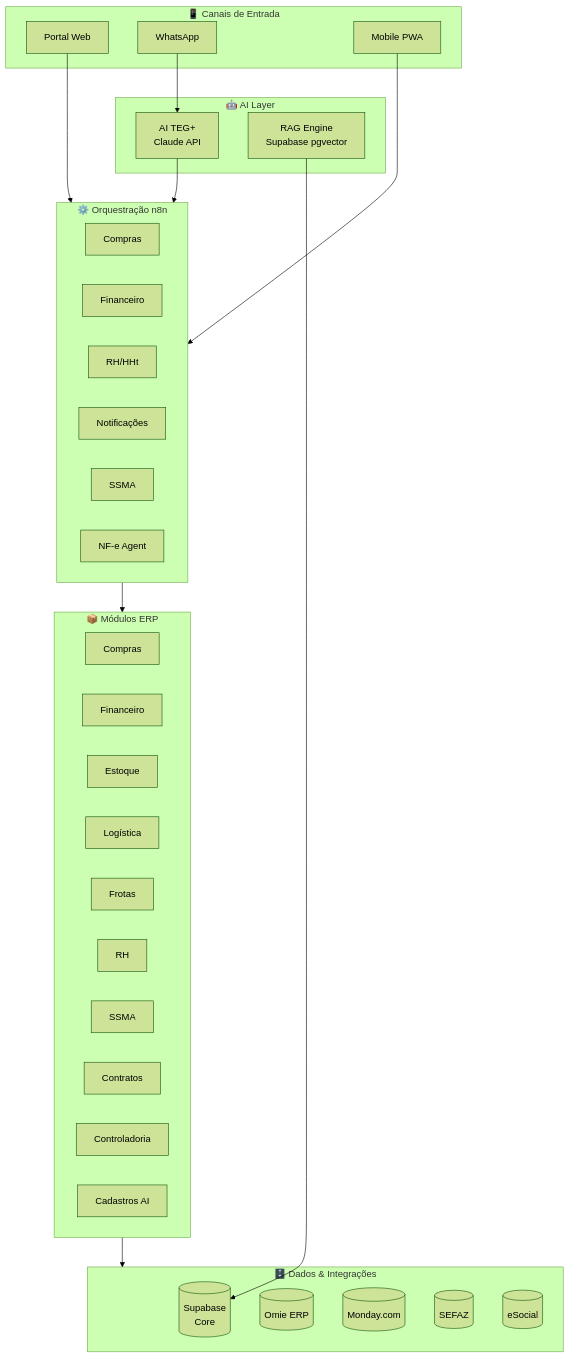
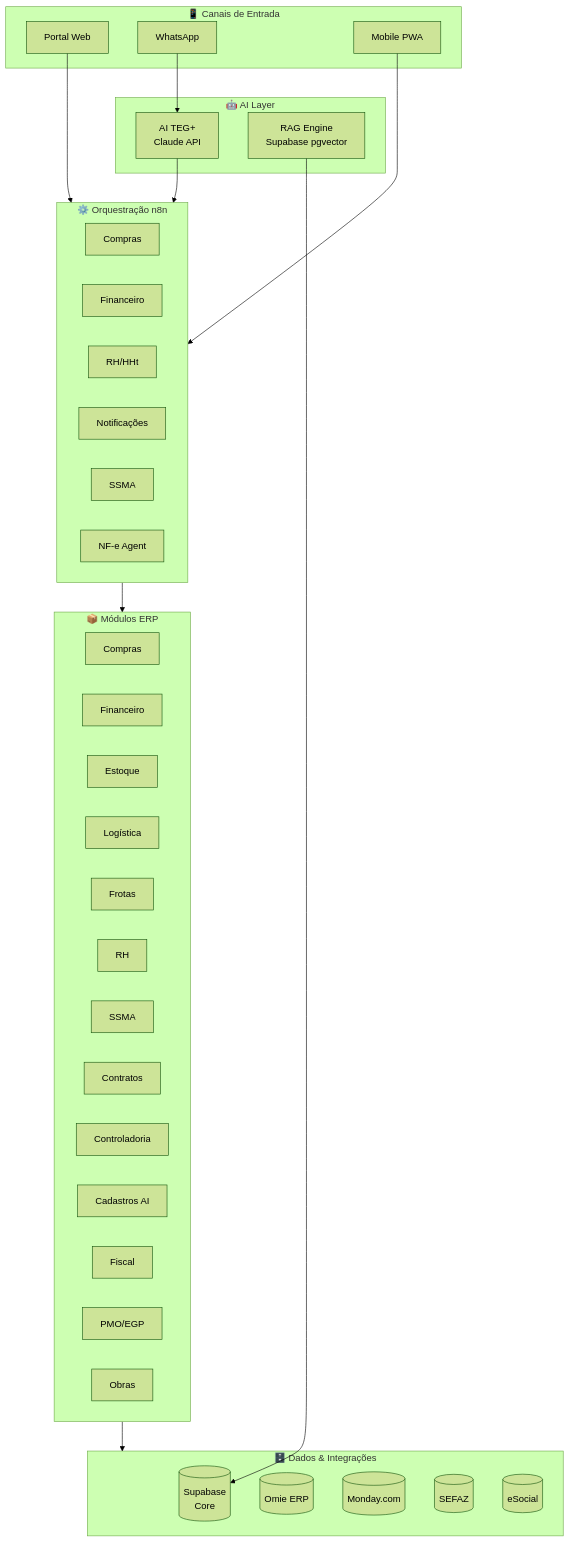
Before and after one commit to leandroteg/teg-plus: the second of 3 diagrams in docs/obsidian/17 - Roadmap.md, drawn with Mermaid (forest theme). The commit also changed other lines of this file and 9 other files, not shown here.

````diff
--- a/docs/obsidian/17 - Roadmap.md
+++ b/docs/obsidian/17 - Roadmap.md
@@ -236,51 +236,54 @@
 ```mermaid
 graph TD
     subgraph CANAIS["📱 Canais de Entrada"]
         WEB[Portal Web]
         WA[WhatsApp]
         MOB[Mobile PWA]
     end
 
     subgraph AI["🤖 AI Layer"]
         AGENT[AI TEG+<br>Claude API]
         RAG[RAG Engine<br>Supabase pgvector]
     end
 
     subgraph N8N["⚙️ Orquestração n8n"]
         COMP[Compras]
         FIN[Financeiro]
         RH_N[RH/HHt]
         NOTIF[Notificações]
         SSMA_N[SSMA]
         NFE[NF-e Agent]
     end
 
     subgraph MODULOS["📦 Módulos ERP"]
         M1[Compras]
         M2[Financeiro]
         M3[Estoque]
         M4[Logística]
         M5[Frotas]
         M6[RH]
         M7[SSMA]
         M8[Contratos]
         M9[Controladoria]
         M10[Cadastros AI]
+        M11[Fiscal]
+        M12[PMO/EGP]
+        M13[Obras]
     end
 
     subgraph DATA["🗄️ Dados & Integrações"]
         SUPA[(Supabase<br>Core)]
         OMIE[(Omie ERP)]
         MON[(Monday.com)]
         SEFAZ[(SEFAZ)]
         ESOCIAL[(eSocial)]
     end
 
     WEB --> N8N
     WA --> AGENT
     MOB --> N8N
     AGENT --> N8N
     N8N --> MODULOS
     MODULOS --> DATA
     RAG --> SUPA
 ```
````
